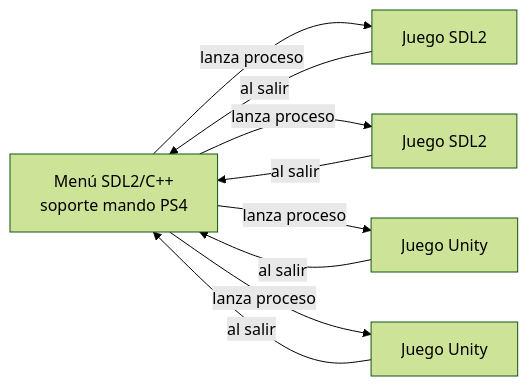
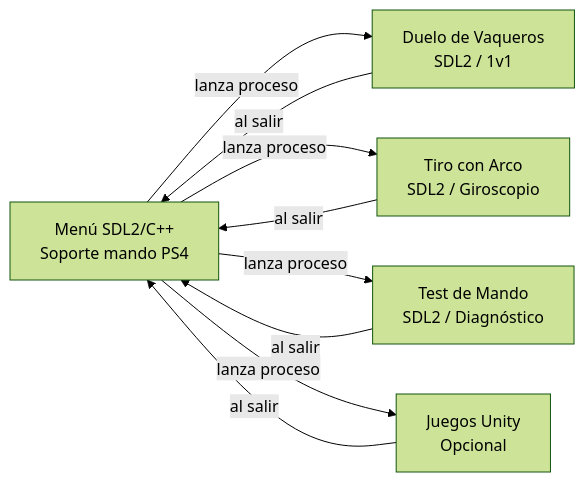
The diagram in README.md (Santinorodriguez057/trabajoexpo), drawn with Mermaid (forest theme) before and after one commit. The commit also changed other lines of this file and 4 other files, not shown here.

````diff
--- a/README.md
+++ b/README.md
@@ -9,11 +11,11 @@
 ```mermaid
 flowchart LR
-    M[Menú SDL2/C++<br/>soporte mando PS4] -->|lanza proceso| G1[Juego SDL2]
-    M -->|lanza proceso| G2[Juego SDL2]
-    M -->|lanza proceso| G3[Juego Unity]
-    M -->|lanza proceso| G4[Juego Unity]
+    M[Menú SDL2/C++<br/>Soporte mando PS4] -->|lanza proceso| G1[Duelo de Vaqueros<br/>SDL2 / 1v1]
+    M -->|lanza proceso| G2[Tiro con Arco<br/>SDL2 / Giroscopio]
+    M -->|lanza proceso| G3[Test de Mando<br/>SDL2 / Diagnóstico]
+    M -->|lanza proceso| G4[Juegos Unity<br/>Opcional]
     G1 -->|al salir| M
     G2 -->|al salir| M
     G3 -->|al salir| M
     G4 -->|al salir| M
 ```
````
